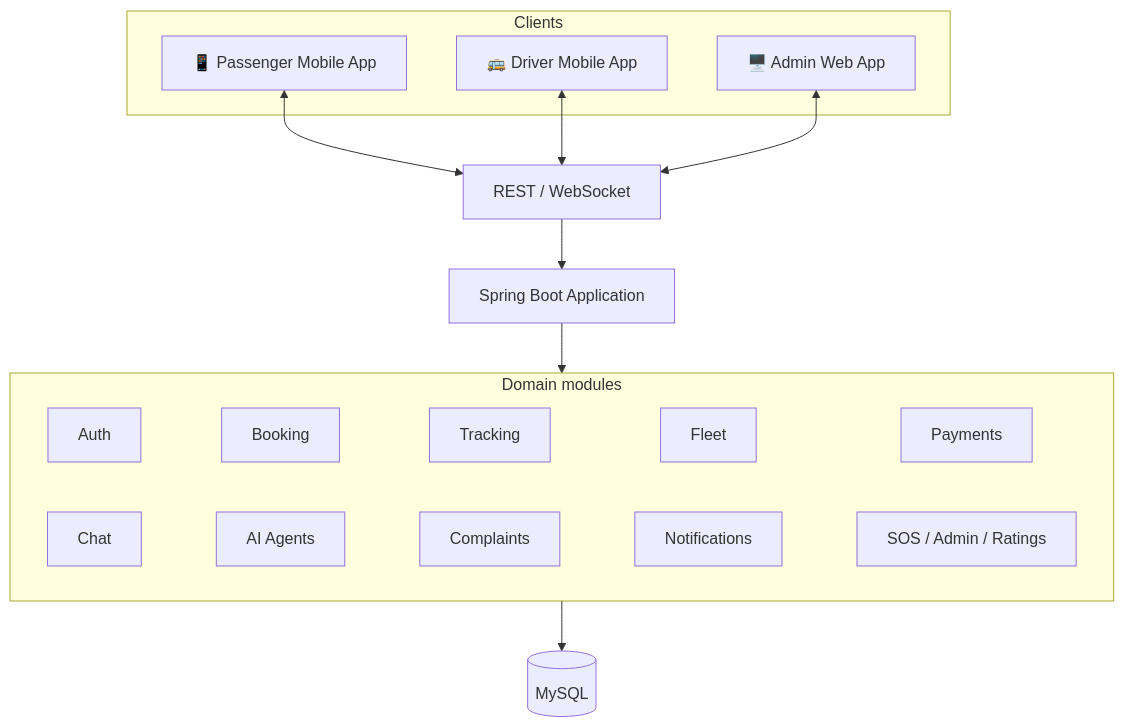
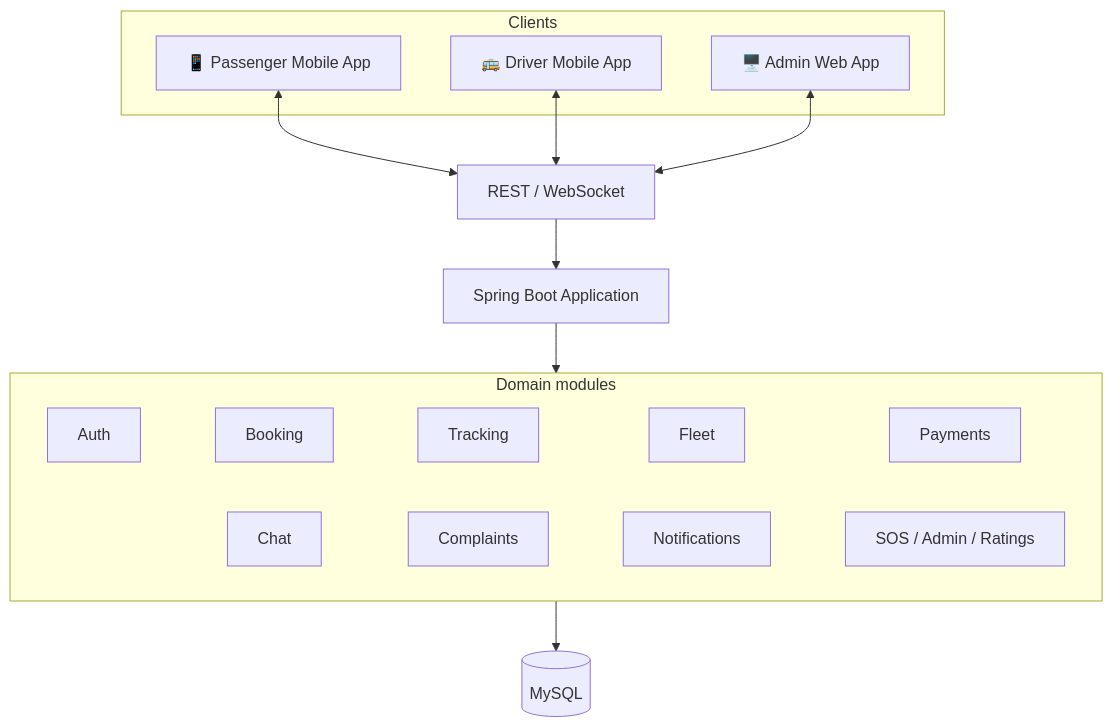
One commit to dinithrathnayaka23/TrackNGo changed the third of 3 diagrams in README.md. Above: the diagram before and after it, drawn with Mermaid. The commit also changed other lines of this file, not shown here.

````diff
--- a/README.md
+++ b/README.md
@@ -150,17 +147,17 @@
 ```mermaid
 flowchart TB
     subgraph Clients
         PA["📱 Passenger Mobile App"]
         DA["🚌 Driver Mobile App"]
         AW["🖥️ Admin Web App"]
     end
     PA & DA & AW <--> IO["REST / WebSocket"]
     IO --> SB["Spring Boot Application"]
     subgraph Modules["Domain modules"]
         direction LR
         M1["Auth"] ~~~ M2["Booking"] ~~~ M3["Tracking"] ~~~ M4["Fleet"] ~~~ M5["Payments"]
-        M6["Chat"] ~~~ M7["AI Agents"] ~~~ M8["Complaints"] ~~~ M9["Notifications"] ~~~ M10["SOS / Admin / Ratings"]
+        M6["Chat"] ~~~ M8["Complaints"] ~~~ M9["Notifications"] ~~~ M10["SOS / Admin / Ratings"]
     end
     SB --> Modules
     Modules --> DB[("MySQL")]
 ```
````
